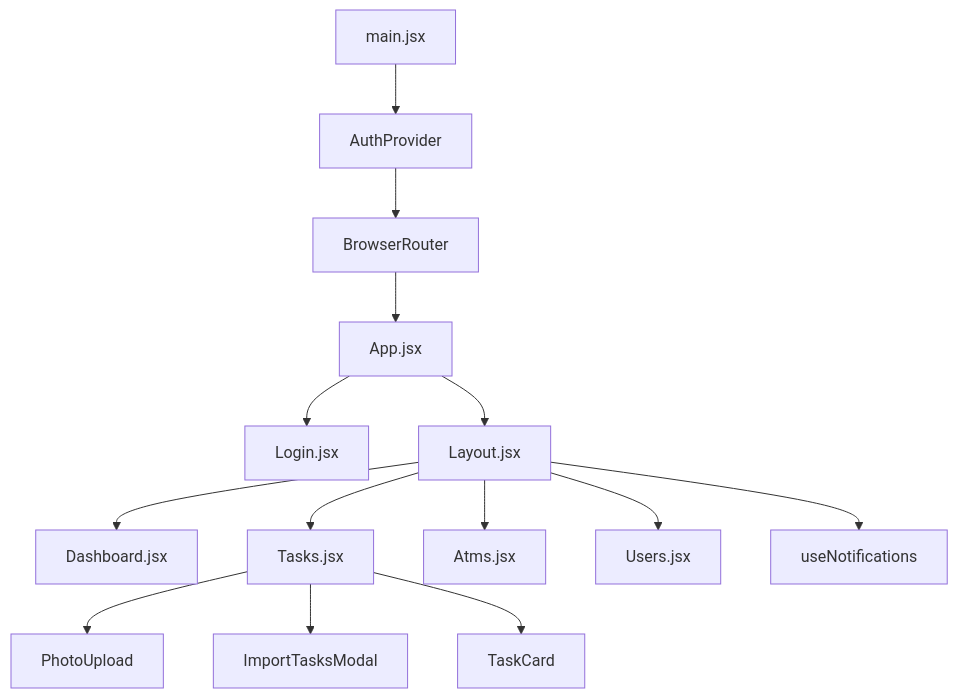
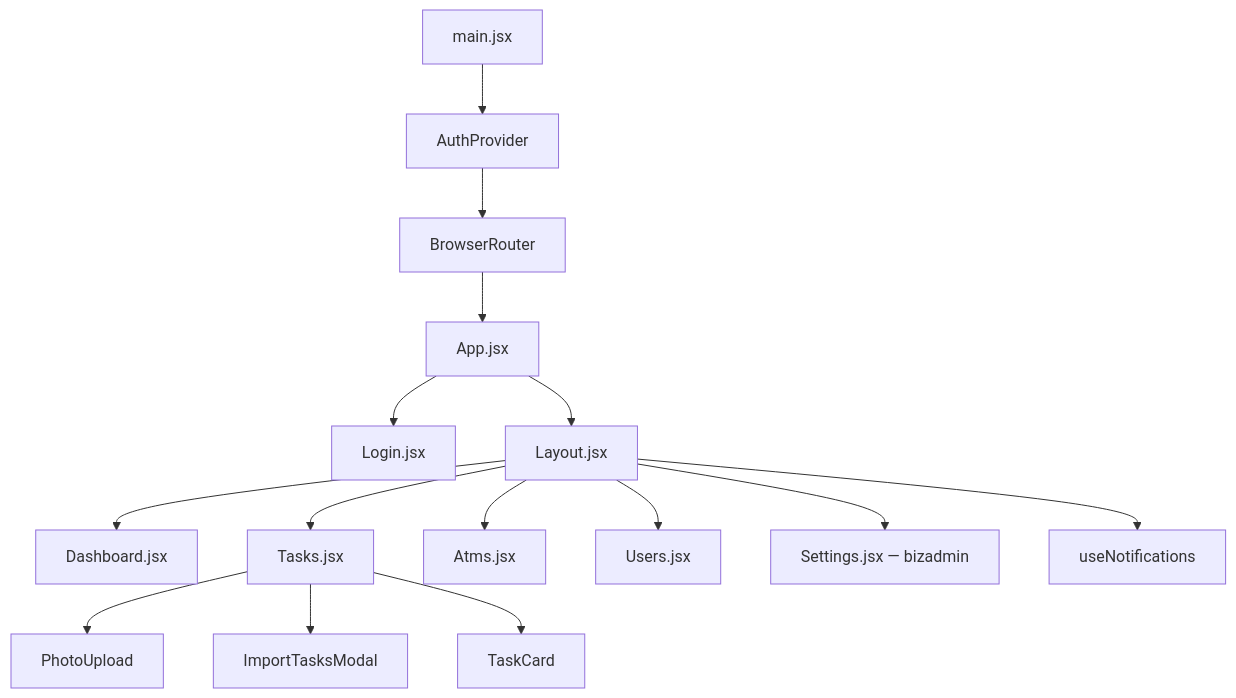
The eighth of 11 diagrams in ARCHITECTURE.md (DjSurfTSI/control-app), drawn with Mermaid before and after one commit. The commit also changed other lines of this file and 30 other files, not shown here.

First line of the commit message:
Add bizadmin role with CV settings and document v1.1.0.

````diff
--- a/ARCHITECTURE.md
+++ b/ARCHITECTURE.md
@@ -436,19 +478,20 @@
 ```mermaid
 flowchart TB
     main[main.jsx] --> AuthProvider
     AuthProvider --> Router[BrowserRouter]
     Router --> App[App.jsx]
 
     App --> Login[Login.jsx]
     App --> Layout[Layout.jsx]
 
     Layout --> Dashboard[Dashboard.jsx]
     Layout --> Tasks[Tasks.jsx]
     Layout --> Atms[Atms.jsx]
     Layout --> Users[Users.jsx]
+    Layout --> Settings[Settings.jsx — bizadmin]
 
     Tasks --> PhotoUpload
     Tasks --> ImportTasksModal
     Tasks --> TaskCard
     Layout --> useNotifications
 ```
````
